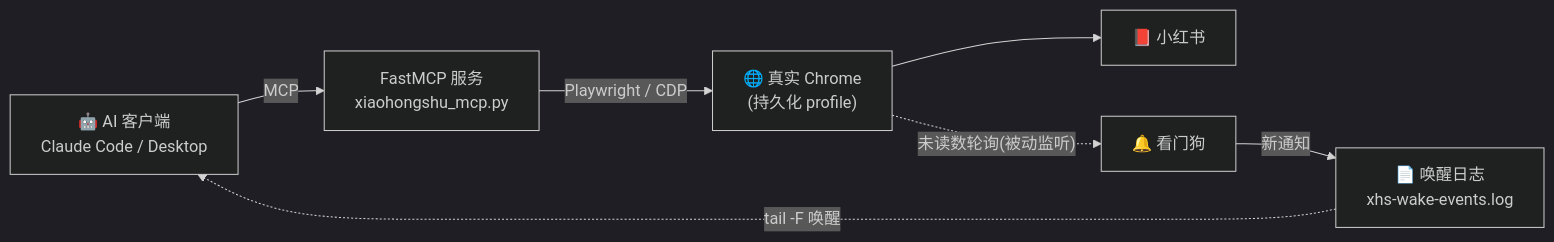
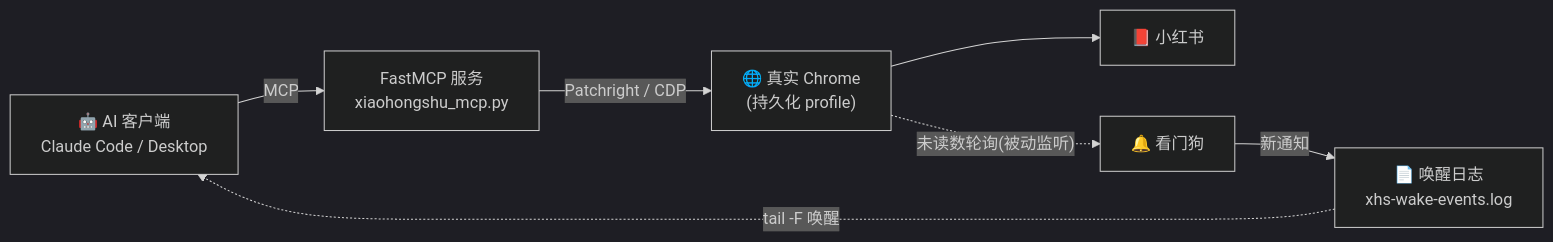
The diagram in README.md (Ada-wong183/xiaohongshu-ai-life-mcp), drawn with Mermaid (dark theme) before and after one commit. The commit also changed other lines of this file and 2 other files, not shown here.

First line of the commit message:
feat: 换用 Patchright；鼠标/滚动/打字更拟人；新增私信工具与评论开关

````diff
--- a/README.md
+++ b/README.md
@@ -34,9 +34,9 @@
 ```mermaid
 flowchart LR
     AI["🤖 AI 客户端<br/>Claude Code / Desktop"] -- MCP --> S["FastMCP 服务<br/>xiaohongshu_mcp.py"]
-    S -- Playwright / CDP --> C["🌐 真实 Chrome<br/>(持久化 profile)"]
+    S -- Patchright / CDP --> C["🌐 真实 Chrome<br/>(持久化 profile)"]
     C --> X["📕 小红书"]
     C -. "未读数轮询(被动监听)" .-> W["🔔 看门狗"]
     W -- "新通知" --> L["📄 唤醒日志<br/>xhs-wake-events.log"]
     L -. "tail -F 唤醒" .-> AI
 ```
````
